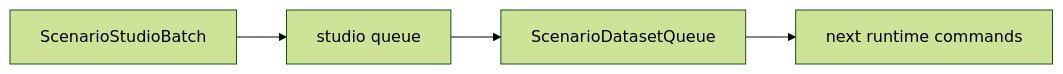
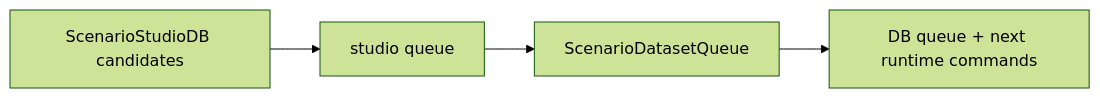
One commit to ZanarkandTechnologies/0xDriver changed the diagram in tickets/TASK-115/ticket.md. Above: the diagram before and after it, drawn with Mermaid (forest theme). The commit also changed other lines of this file and 8 other files, not shown here.

````diff
--- a/tickets/TASK-115/ticket.md
+++ b/tickets/TASK-115/ticket.md
@@ -30,6 +30,6 @@
 ```mermaid
 flowchart LR
-    A["ScenarioStudioBatch"] --> B["studio queue"]
+    A["ScenarioStudioDB candidates"] --> B["studio queue"]
     B --> C["ScenarioDatasetQueue"]
-    C --> D["next runtime commands"]
+    C --> D["DB queue + next runtime commands"]
 ```
````
